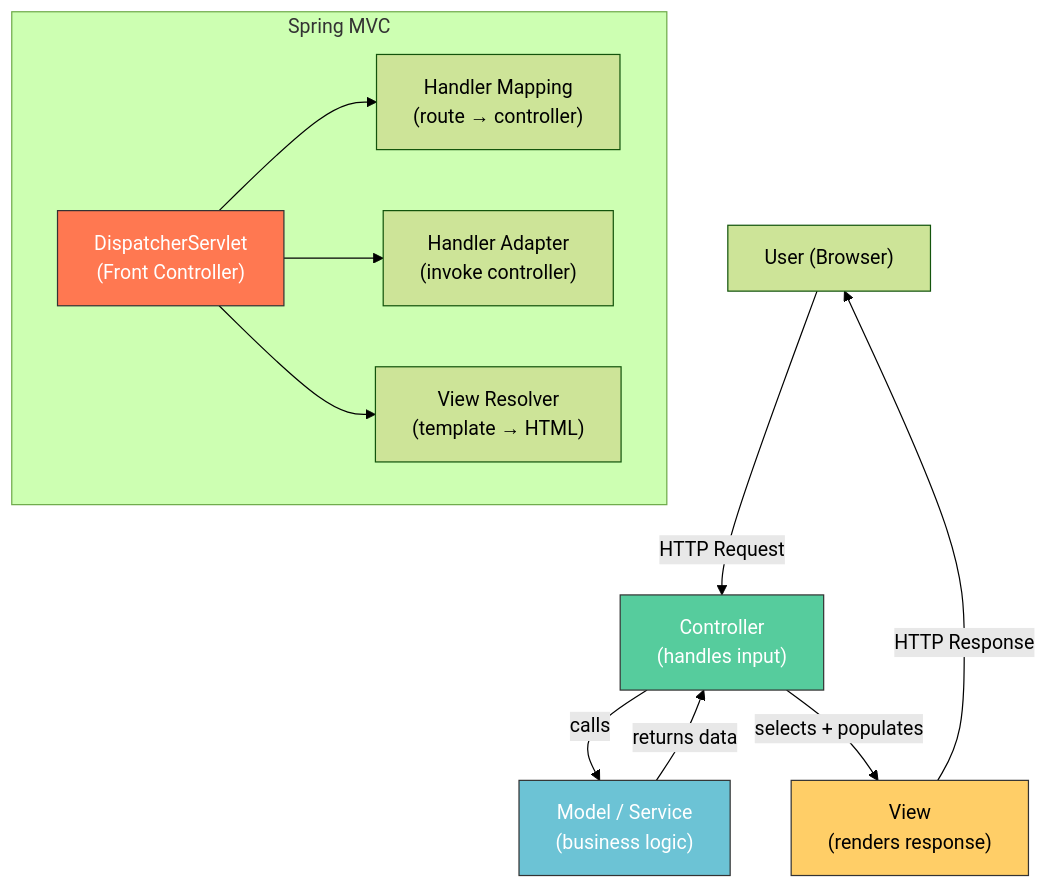
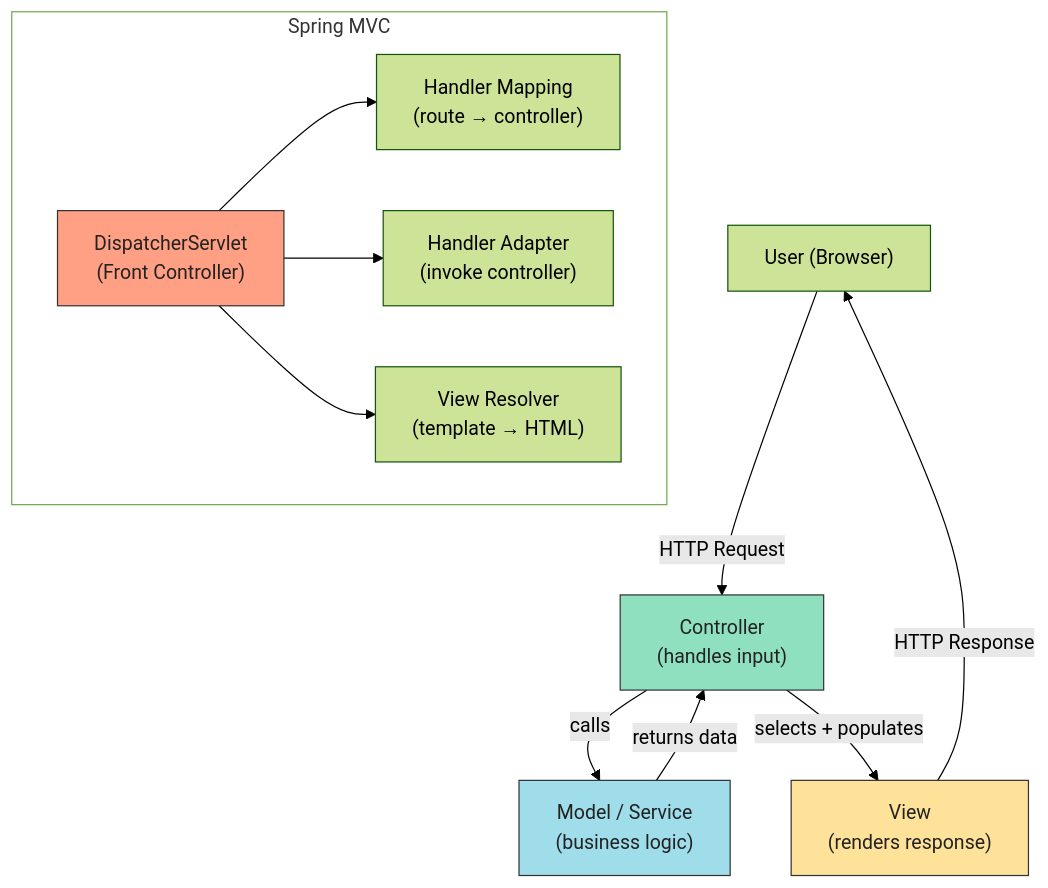
The ninth of 10 diagrams in posts/design-pattern/Design-Pattern-Interview-QA-2.qmd (tanquangduong/tanquangduong.github.io), drawn with Mermaid (forest theme) before and after one commit. The commit also changed other lines of this file and 204 other files, not shown here.

````diff
--- a/posts/design-pattern/Design-Pattern-Interview-QA-2.qmd
+++ b/posts/design-pattern/Design-Pattern-Interview-QA-2.qmd
@@ -1300,21 +1308,23 @@
 ```{mermaid}
 graph TD
+    linkStyle default stroke:#000,color:#000
     USER["User (Browser)"]
     USER -->|"HTTP Request"| CONTROLLER["Controller<br/>(handles input)"]
     CONTROLLER -->|"calls"| MODEL["Model / Service<br/>(business logic)"]
     MODEL -->|"returns data"| CONTROLLER
     CONTROLLER -->|"selects + populates"| VIEW["View<br/>(renders response)"]
     VIEW -->|"HTTP Response"| USER
 
     subgraph Spring["Spring MVC"]
         DS["DispatcherServlet<br/>(Front Controller)"]
         DS --> HM["Handler Mapping<br/>(route → controller)"]
         DS --> HA["Handler Adapter<br/>(invoke controller)"]
         DS --> VR["View Resolver<br/>(template → HTML)"]
     end
 
-    style CONTROLLER fill:#56cc9d,stroke:#333,color:#fff
-    style MODEL fill:#6cc3d5,stroke:#333,color:#fff
-    style VIEW fill:#ffce67,stroke:#333
-    style DS fill:#ff7851,stroke:#333,color:#fff
+    style CONTROLLER fill:#8fe0bf,stroke:#333,color:#222
+    style MODEL fill:#9fddea,stroke:#333,color:#222
+    style VIEW fill:#ffe29a,stroke:#333,color:#222
+    style DS fill:#ff9f84,stroke:#333,color:#222
+    style Spring fill:#fff
 ```
````
